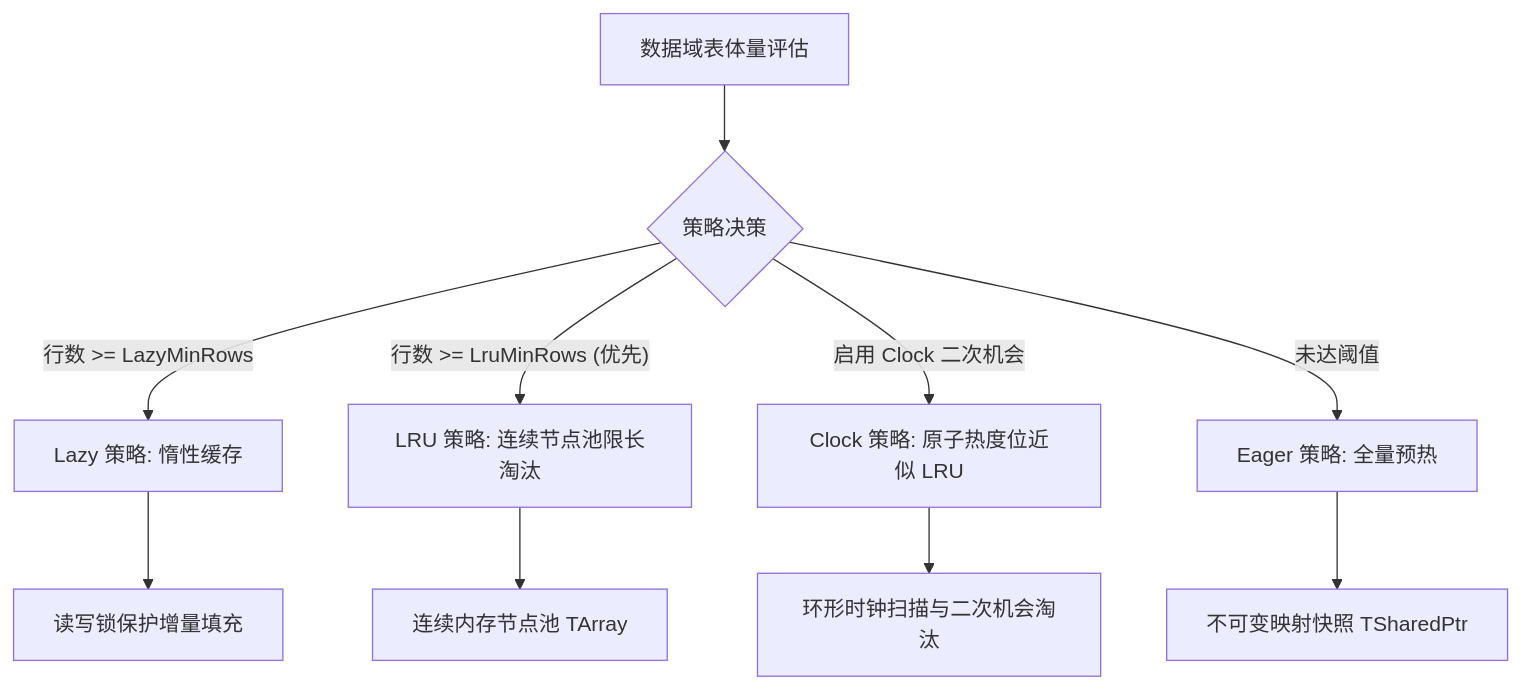
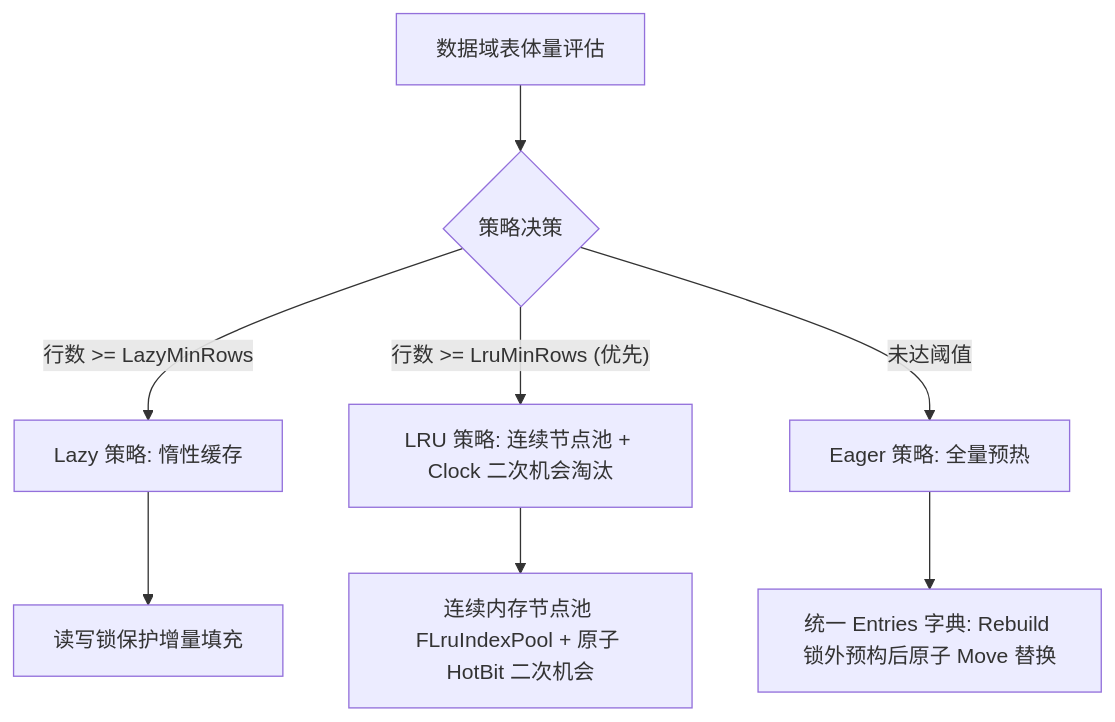
Before and after one commit to YIice-cwj/ue5-toolkit: the diagram in Plugins/GameCore/Docs/Architecture/CachingAndMemory.md, drawn with Mermaid. The commit also changed other lines of this file and 101 other files, not shown here.

````diff
--- a/Plugins/GameCore/Docs/Architecture/CachingAndMemory.md
+++ b/Plugins/GameCore/Docs/Architecture/CachingAndMemory.md
@@ -21,13 +21,11 @@
 ```mermaid
 graph TD
     Data[数据域表体量评估] --> Auto{策略决策}
     Auto -- "行数 >= LazyMinRows" --> Lazy[Lazy 策略: 惰性缓存]
-    Auto -- "行数 >= LruMinRows (优先)" --> LRU[LRU 策略: 连续节点池限长淘汰]
-    Auto -- "启用 Clock 二次机会" --> Clock[Clock 策略: 原子热度位近似 LRU]
+    Auto -- "行数 >= LruMinRows (优先)" --> LRU[LRU 策略: 连续节点池 + Clock 二次机会淘汰]
     Auto -- "未达阈值" --> Eager[Eager 策略: 全量预热]
 
-    Eager --> Snapshot[不可变映射快照 TSharedPtr<const TMap>]
+    Eager --> UnifiedMap[统一 Entries 字典: Rebuild 锁外预构后原子 Move 替换]
     Lazy --> MutexMap[读写锁保护增量填充]
-    LRU --> PoolArray[连续内存节点池 TArray<FLruIndexPool::FLruNode>]
-    Clock --> ClockRing[环形时钟扫描与二次机会淘汰]
+    LRU --> PoolArray[连续内存节点池 FLruIndexPool + 原子 HotBit 二次机会]
 ```
````
